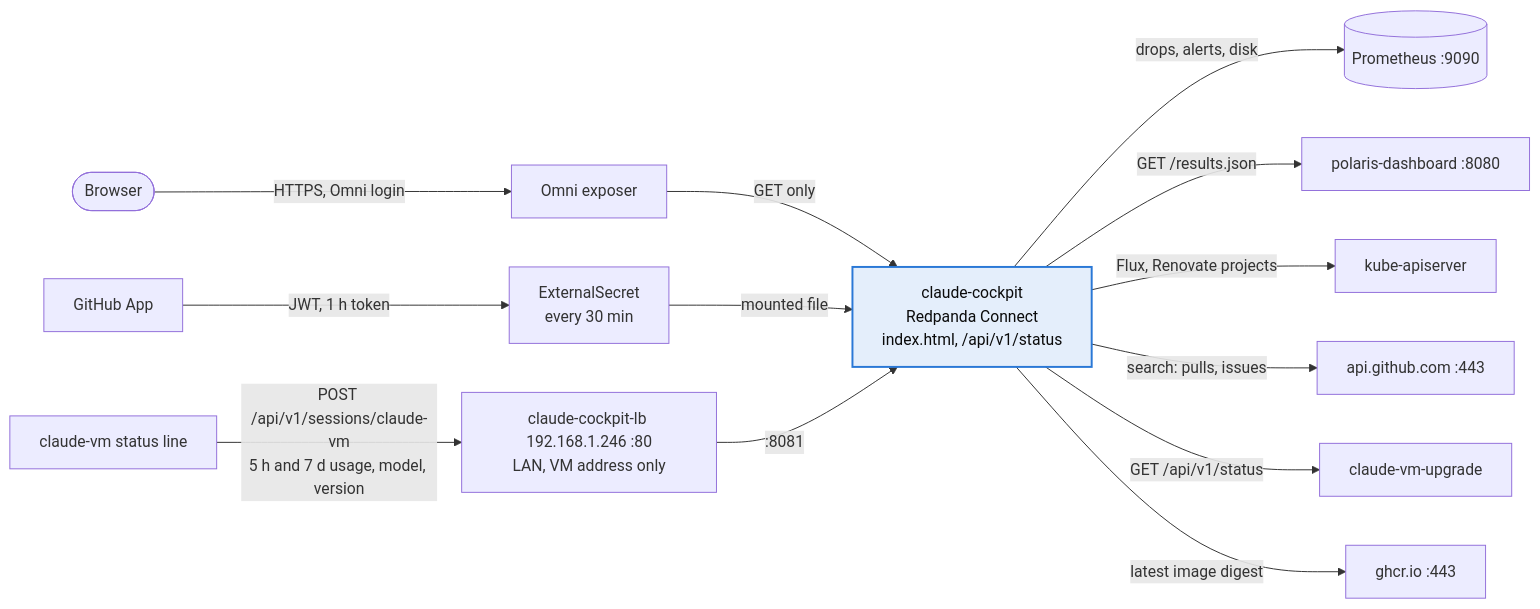
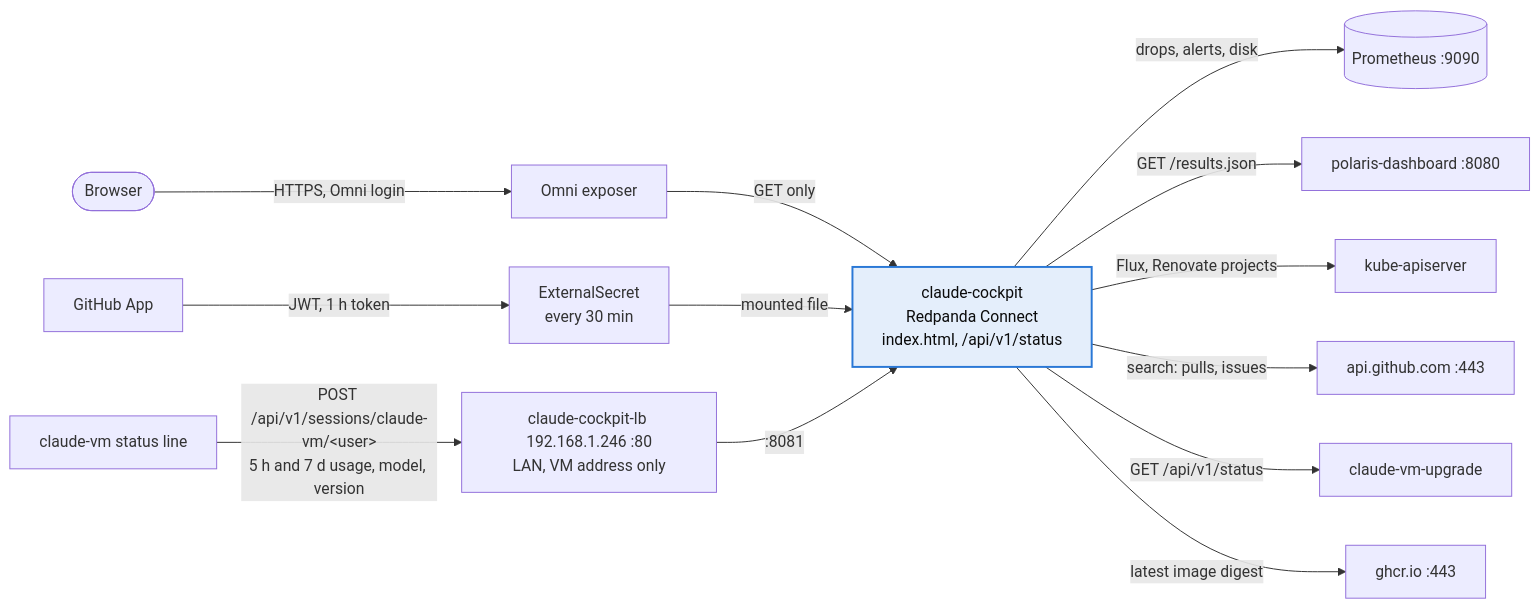
One commit to cthtrifork/talos-gitops changed the third of 3 diagrams in k8s/apps/claude-system/README.md. Above: the diagram before and after it, drawn with Mermaid. The commit also changed other lines of this file and 2 other files, not shown here.

First line of the commit message:
feat(claude-system): keep Claude usage per Linux user on the cockpit

````diff
--- a/k8s/apps/claude-system/README.md
+++ b/k8s/apps/claude-system/README.md
@@ -361,21 +361,21 @@
 ```mermaid
 flowchart LR
   you([Browser]) -->|HTTPS, Omni login| omni[Omni exposer]
   omni -->|GET only| cockpit["claude-cockpit<br/>Redpanda Connect<br/>index.html, /api/v1/status"]
 
   cockpit -->|"drops, alerts, disk"| prom[(Prometheus :9090)]
   cockpit -->|"GET /results.json"| polaris[polaris-dashboard :8080]
   cockpit -->|"Flux, Renovate projects"| api[kube-apiserver]
   cockpit -->|"search: pulls, issues"| gh[api.github.com :443]
 
   app[GitHub App] -->|"JWT, 1 h token"| es[ExternalSecret<br/>every 30 min]
   es -->|"mounted file"| cockpit
 
   cockpit -->|"GET /api/v1/status"| vmup[claude-vm-upgrade]
   cockpit -->|"latest image digest"| ghcr[ghcr.io :443]
-  vm[claude-vm status line] -->|"POST /api/v1/sessions/claude-vm<br/>5 h and 7 d usage, model, version"| lb["claude-cockpit-lb 192.168.1.246 :80<br/>LAN, VM address only"]
+  vm[claude-vm status line] -->|"POST /api/v1/sessions/claude-vm/&lt;user&gt;<br/>5 h and 7 d usage, model, version"| lb["claude-cockpit-lb 192.168.1.246 :80<br/>LAN, VM address only"]
   lb -->|":8081"| cockpit
 
   classDef new fill:#e4eefb,stroke:#2a78d6,stroke-width:2px,color:#0b0b0b
   class cockpit new
 ```
````
